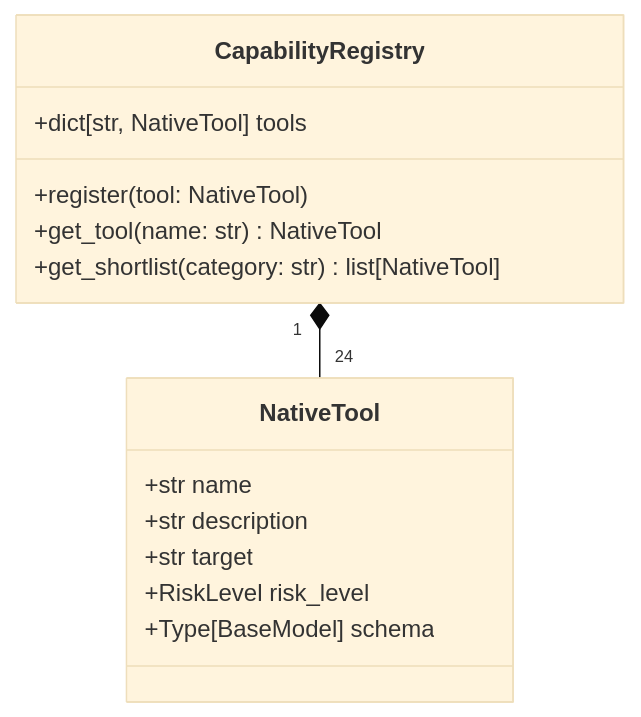
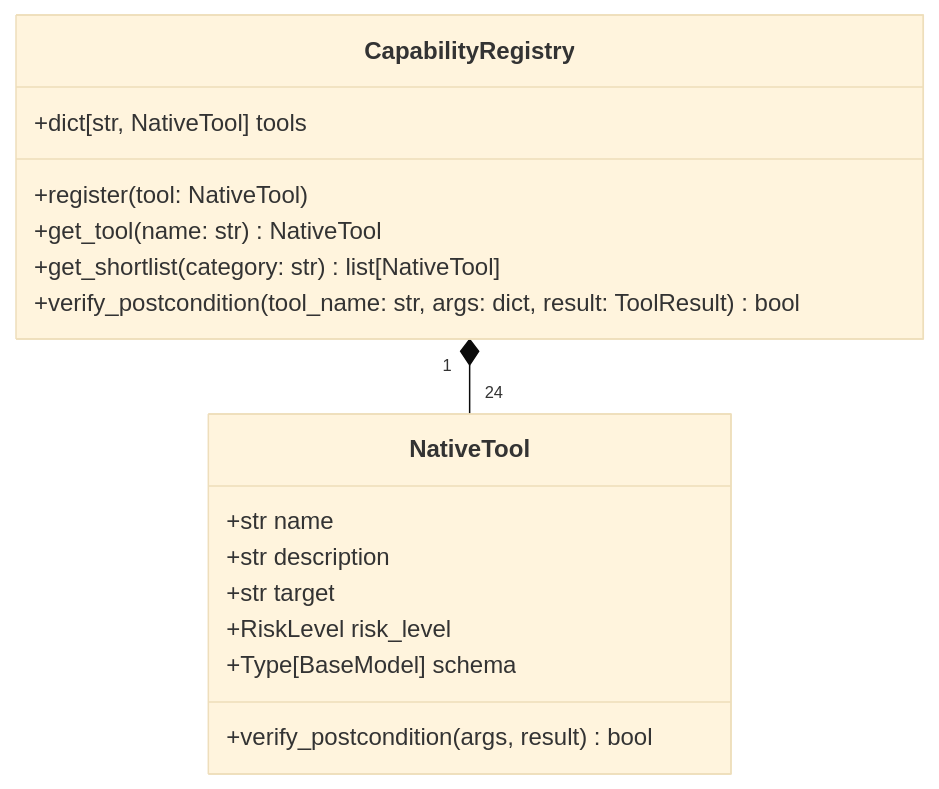
The fourth of 4 diagrams in luccadocs/subsystems/01_CORE_ORCHESTRATION_AND_CASCADE.md (AlienatedAliens/ProjectLucca), drawn with Mermaid (base theme) before and after one commit. The commit also changed other lines of this file and 309 other files, not shown here.

````diff
--- a/luccadocs/subsystems/01_CORE_ORCHESTRATION_AND_CASCADE.md
+++ b/luccadocs/subsystems/01_CORE_ORCHESTRATION_AND_CASCADE.md
@@ -140,17 +151,19 @@
 ```mermaid
 classDiagram
     class NativeTool {
         +str name
         +str description
         +str target
         +RiskLevel risk_level
         +Type[BaseModel] schema
+        +verify_postcondition(args, result) bool
     }
     class CapabilityRegistry {
         +dict[str, NativeTool] tools
         +register(tool: NativeTool)
         +get_tool(name: str) NativeTool
         +get_shortlist(category: str) list[NativeTool]
+        +verify_postcondition(tool_name: str, args: dict, result: ToolResult) bool
     }
     CapabilityRegistry "1" *-- "24" NativeTool
 ```
````
